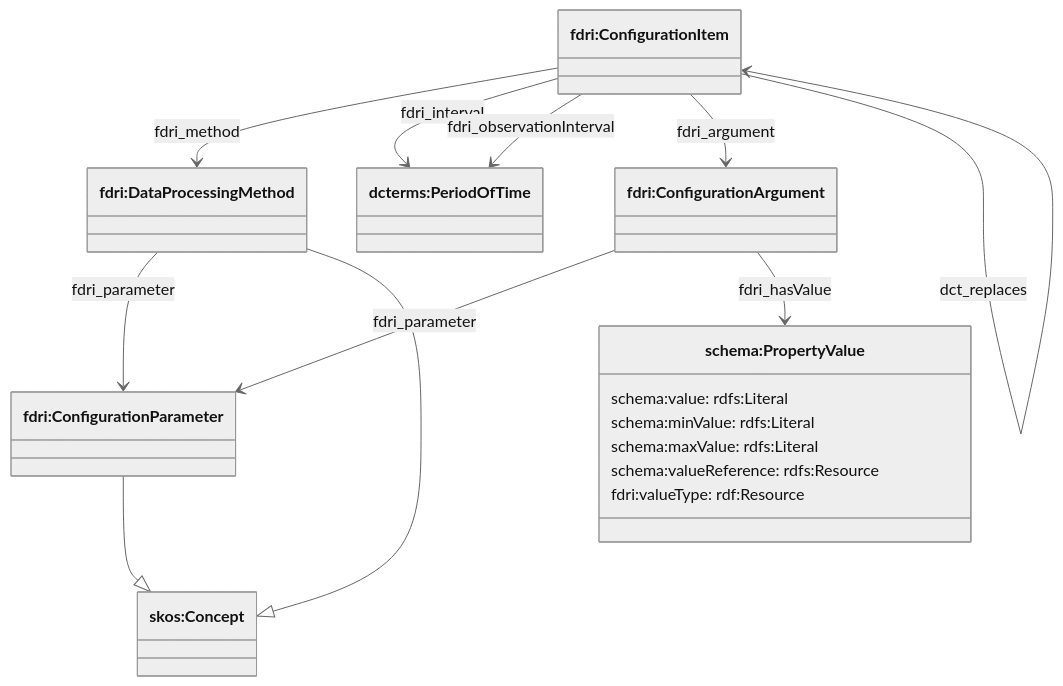
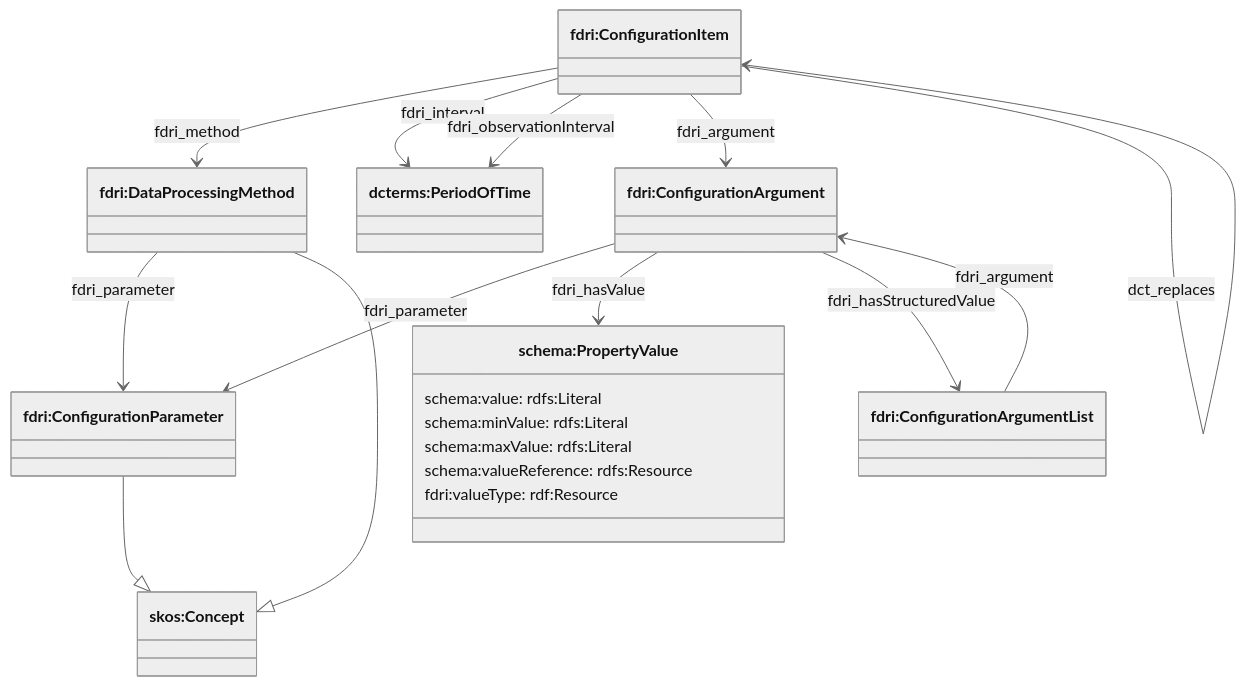
The third of 4 diagrams in doc/data-processing-configurations.md (NERC-CEH/fdri-ontology), drawn with Mermaid (neutral theme) before and after one commit. The commit also changed other lines of this file and 1 other file, not shown here.

````diff
--- a/doc/data-processing-configurations.md
+++ b/doc/data-processing-configurations.md
@@ -66,27 +66,30 @@
 ```mermaid
 classDiagram
   class PropertyValue["schema:PropertyValue"] {
     schema:value: rdfs:Literal
     schema:minValue: rdfs:Literal
     schema:maxValue: rdfs:Literal
     schema:valueReference: rdfs:Resource
     fdri:valueType: rdf:Resource
   }
   class ConfigurationItem["fdri:ConfigurationItem"]
   class Param["fdri:ConfigurationParameter"]
   class Period["dcterms:PeriodOfTime"]
   class Method["fdri:DataProcessingMethod"]
   class Arg["fdri:ConfigurationArgument"]
+  class ArgList["fdri:ConfigurationArgumentList"]
   class Concept["skos:Concept"]
 
   ConfigurationItem --> Method: fdri_method
   ConfigurationItem --> Period: fdri_interval
   ConfigurationItem --> Period: fdri_observationInterval
   ConfigurationItem --> Arg: fdri_argument
   Method --> Param: fdri_parameter
   Arg --> Param: fdri_parameter
   Arg --> PropertyValue: fdri_hasValue
+  Arg --> ArgList: fdri_hasStructuredValue
+  ArgList --> Arg: fdri_argument
   ConfigurationItem --> ConfigurationItem: dct_replaces
   Method --|> Concept
   Param --|> Concept
 ```
````
